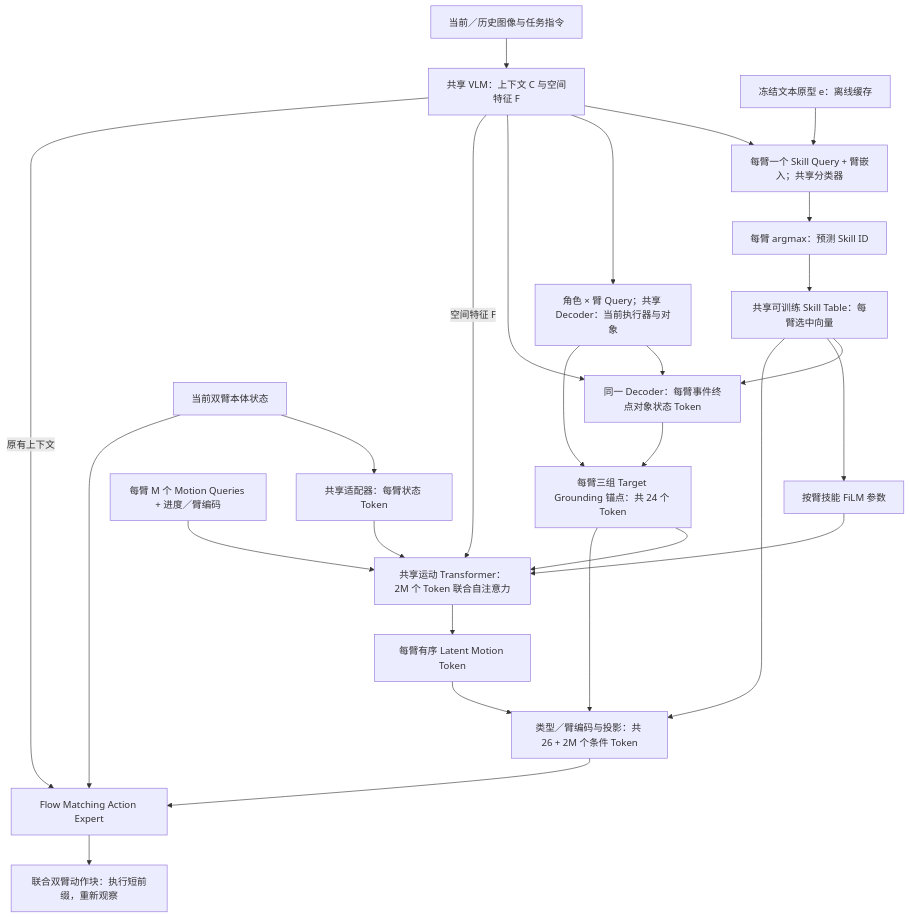
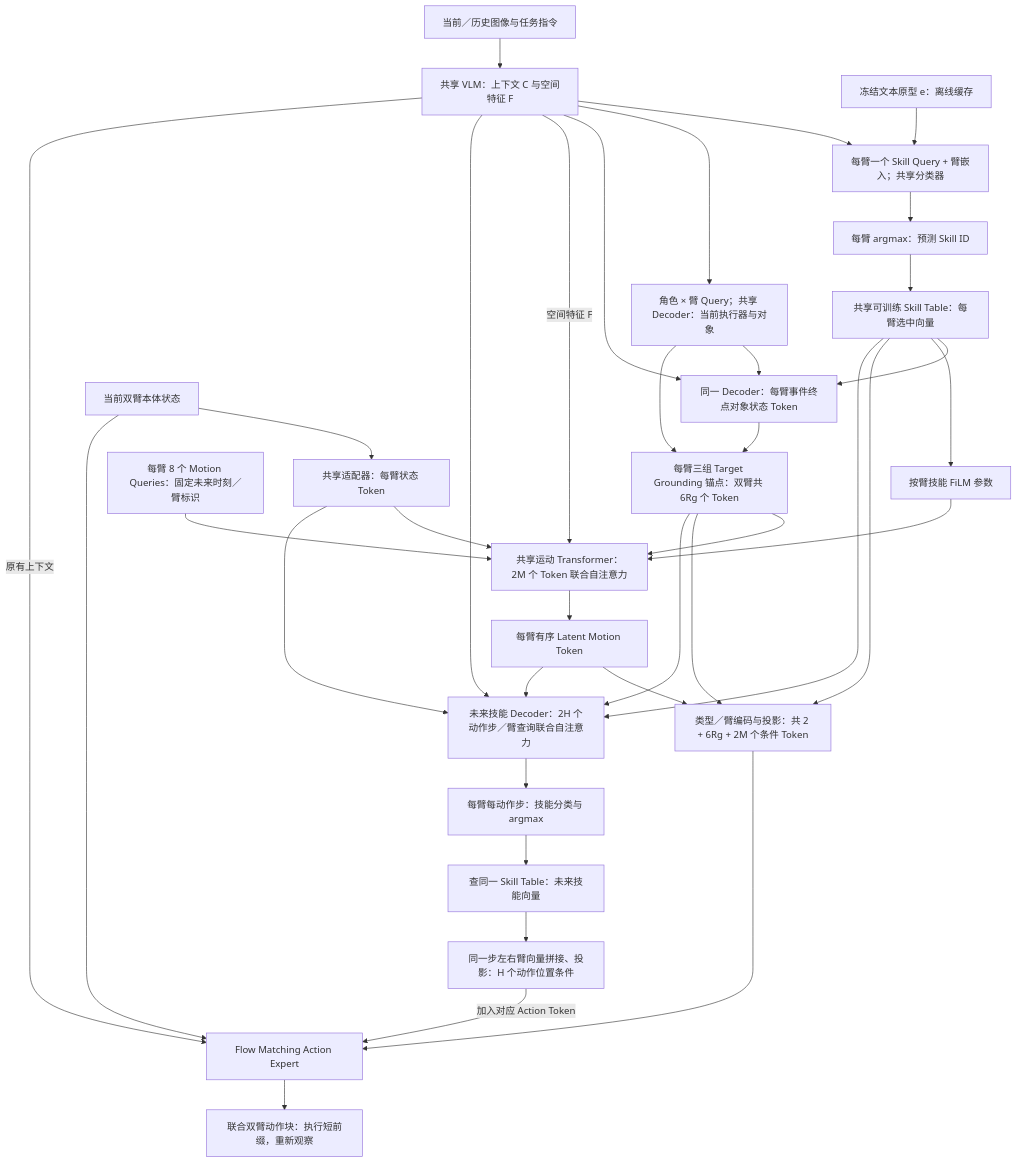
One commit to lyk-nju/ESkill-VLA changed the first of 2 diagrams in docs/design.md. Above: the diagram before and after it, drawn with Mermaid. The commit also changed other lines of this file and 289 other files, not shown here.

````diff
--- a/docs/design.md
+++ b/docs/design.md
@@ -15,29 +19,38 @@
 ```mermaid
 flowchart TD
     OBS["当前／历史图像与任务指令"] --> VLM["共享 VLM：上下文 C 与空间特征 F"]
     VLM --> SEL["每臂一个 Skill Query + 臂嵌入；共享分类器"]
     TEXT["冻结文本原型 e：离线缓存"] --> SEL
     SEL --> ID["每臂 argmax：预测 Skill ID"]
     ID --> skill_table["共享可训练 Skill Table：每臂选中向量"]
     VLM --> CUR["角色 × 臂 Query；共享 Decoder：当前执行器与对象"]
     CUR --> GOAL["同一 Decoder：每臂事件终点对象状态 Token"]
     VLM --> GOAL
     skill_table --> GOAL
-    CUR --> target_grounding["每臂三组 Target Grounding 锚点：共 24 个 Token"]
+    CUR --> target_grounding["每臂三组 Target Grounding 锚点：双臂共 6Rg 个 Token"]
     GOAL --> target_grounding
     skill_table --> FILM["按臂技能 FiLM 参数"]
-    Q["每臂 M 个 Motion Queries + 进度／臂编码"] --> MOT["共享运动 Transformer：2M 个 Token 联合自注意力"]
+    Q["每臂 8 个 Motion Queries：固定未来时刻／臂标识"] --> MOT["共享运动 Transformer：2M 个 Token 联合自注意力"]
     FILM --> MOT
     target_grounding --> MOT
     VLM -->|空间特征 F| MOT
     STATE["当前双臂本体状态"] --> ADAPT["共享适配器：每臂状态 Token"]
     ADAPT --> MOT
     MOT --> latent_motion["每臂有序 Latent Motion Token"]
-    skill_table --> AUX["类型／臂编码与投影：共 26 + 2M 个条件 Token"]
+    skill_table --> AUX["类型／臂编码与投影：共 2 + 6Rg + 2M 个条件 Token"]
     target_grounding --> AUX
     latent_motion --> AUX
+    VLM --> FUT["未来技能 Decoder：2H 个动作步／臂查询联合自注意力"]
+    skill_table --> FUT
+    target_grounding --> FUT
+    latent_motion --> FUT
+    ADAPT --> FUT
+    FUT --> FUTID["每臂每动作步：技能分类与 argmax"]
+    FUTID --> FUTEMB["查同一 Skill Table：未来技能向量"]
+    FUTEMB --> STEP["同一步左右臂向量拼接、投影：H 个动作位置条件"]
     VLM -->|原有上下文| ACT["Flow Matching Action Expert"]
     AUX --> ACT
+    STEP -->|加入对应 Action Token| ACT
     STATE --> ACT
     ACT --> OUT["联合双臂动作块：执行短前缀，重新观察"]
 ```
````
